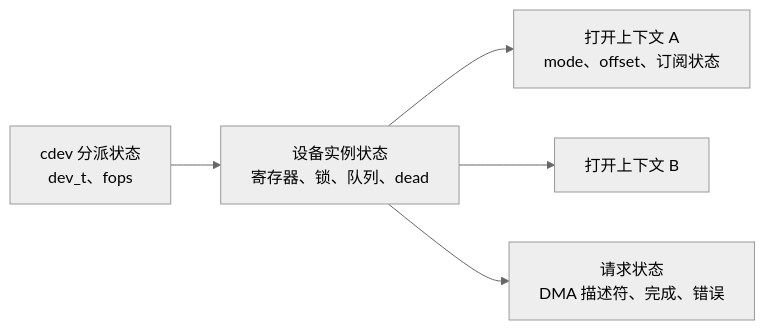
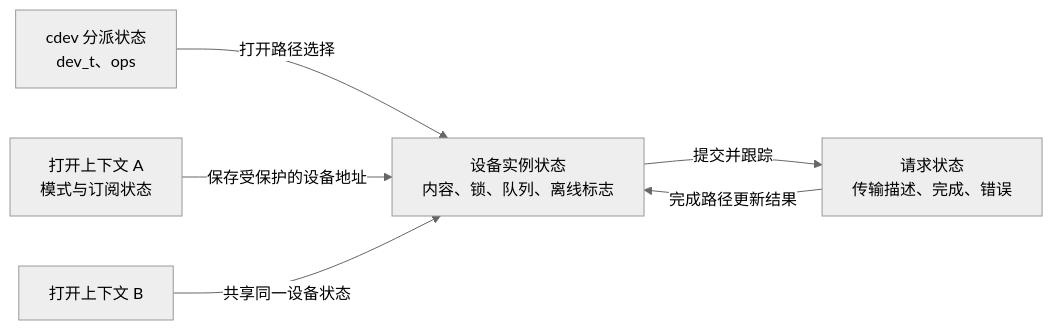
The fourth of 5 diagrams in knowledge/driver_model/character_device/P01_字符设备最小模型.md (FormingSystem/linux_note), drawn with Mermaid (neutral theme) before and after one commit. The commit also changed other lines of this file and 4 other files, not shown here.

````diff
--- a/knowledge/driver_model/character_device/P01_字符设备最小模型.md
+++ b/knowledge/driver_model/character_device/P01_字符设备最小模型.md
@@ -117,7 +146,8 @@
 ```mermaid
 flowchart LR
-    CD["cdev 分派状态\ndev_t、fops"] --> DEV["设备实例状态\n寄存器、锁、队列、dead"]
-    DEV --> CTX1["打开上下文 A\nmode、offset、订阅状态"]
-    DEV --> CTX2["打开上下文 B"]
-    DEV --> REQ["请求状态\nDMA 描述符、完成、错误"]
+    CD["cdev 分派状态<br/>dev_t、ops"] -->|打开路径选择| DEV["设备实例状态<br/>内容、锁、队列、离线标志"]
+    CTX1["打开上下文 A<br/>模式与订阅状态"] -->|保存受保护的设备地址| DEV
+    CTX2["打开上下文 B"] -->|共享同一设备状态| DEV
+    DEV -->|提交并跟踪| REQ["请求状态<br/>传输描述、完成、错误"]
+    REQ -->|完成路径更新结果| DEV
 ```
````
